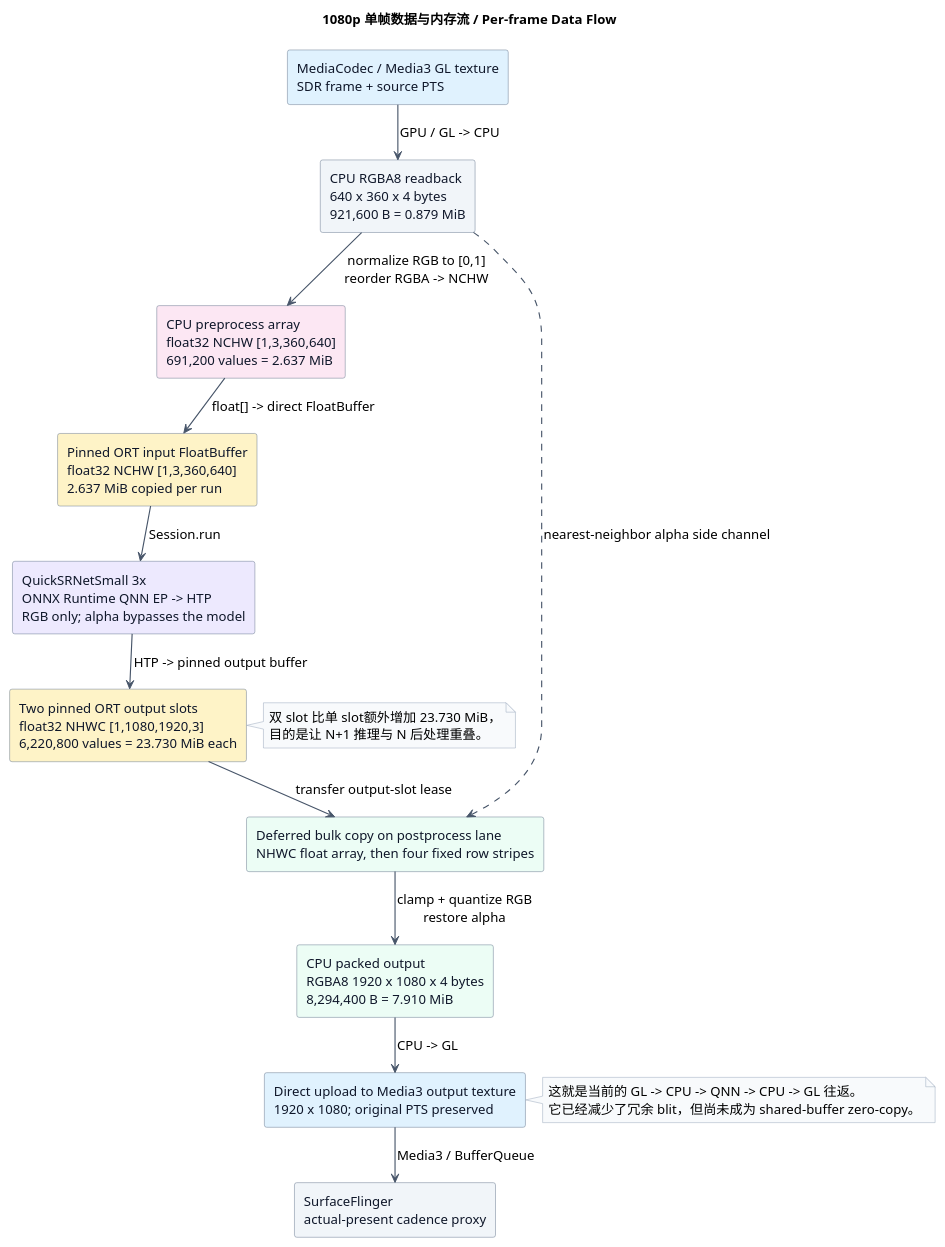
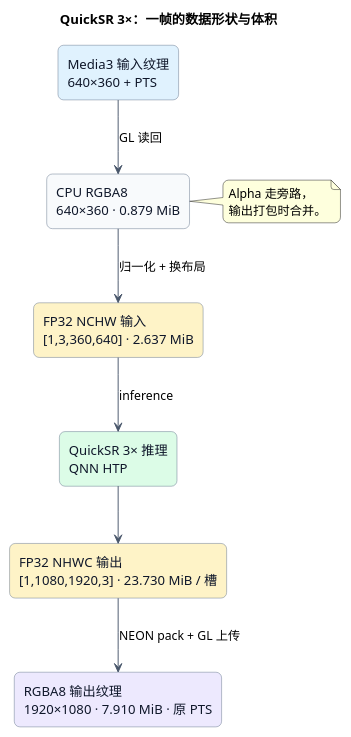
One commit to znbsf/quicksr-mobile-player-lab changed the diagram in docs/diagrams/edge-frame-dataflow.puml. Above: the diagram before and after it, drawn with PlantUML. The commit also changed 10 other files, not shown here.

Commit message:
docs: simplify deployment diagrams

```diff
--- a/docs/diagrams/edge-frame-dataflow.puml
+++ b/docs/diagrams/edge-frame-dataflow.puml
@@ -1,49 +1,34 @@
 @startuml
-!pragma layout smetana
-title 1080p 单帧数据与内存流 / Per-frame Data Flow
+title QuickSR 3×：一帧的数据形状与体积
 
-skinparam backgroundColor #FFFFFF
+skinparam defaultFontName Noto Sans SC
+skinparam backgroundColor white
 skinparam shadowing false
-skinparam defaultFontName Noto Sans SC
-skinparam defaultFontSize 14
+skinparam roundcorner 12
 skinparam ArrowColor #475569
-skinparam ArrowThickness 1.2
-skinparam rectangleBorderColor #64748B
-skinparam rectangleFontColor #0F172A
-skinparam noteBorderColor #94A3B8
-skinparam noteBackgroundColor #F8FAFC
+skinparam rectangle {
+  BackgroundColor #F8FAFC
+  BorderColor #64748B
+  FontColor #0F172A
+}
 
 top to bottom direction
 
-rectangle "MediaCodec / Media3 GL texture\nSDR frame + source PTS" as Decode #E0F2FE
-rectangle "CPU RGBA8 readback\n640 x 360 x 4 bytes\n921,600 B = 0.879 MiB" as Readback #F1F5F9
-rectangle "CPU preprocess array\nfloat32 NCHW [1,3,360,640]\n691,200 values = 2.637 MiB" as Nchw #FCE7F3
-rectangle "Pinned ORT input FloatBuffer\nfloat32 NCHW [1,3,360,640]\n2.637 MiB copied per run" as OrtInput #FEF3C7
-rectangle "QuickSRNetSmall 3x\nONNX Runtime QNN EP -> HTP\nRGB only; alpha bypasses the model" as Qnn #EDE9FE
-rectangle "Two pinned ORT output slots\nfloat32 NHWC [1,1080,1920,3]\n6,220,800 values = 23.730 MiB each" as OrtOutput #FEF3C7
-rectangle "Deferred bulk copy on postprocess lane\nNHWC float array, then four fixed row stripes" as CopyPack #ECFDF5
-rectangle "CPU packed output\nRGBA8 1920 x 1080 x 4 bytes\n8,294,400 B = 7.910 MiB" as RgbaOutput #ECFDF5
-rectangle "Direct upload to Media3 output texture\n1920 x 1080; original PTS preserved" as Upload #E0F2FE
-rectangle "SurfaceFlinger\nactual-present cadence proxy" as Surface #F1F5F9
+rectangle "Media3 输入纹理\n640×360 + PTS" as TEX #E0F2FE
+rectangle "CPU RGBA8\n640×360 · 0.879 MiB" as RGBA_IN #F8FAFC
+rectangle "FP32 NCHW 输入\n[1,3,360,640] · 2.637 MiB" as TENSOR_IN #FEF3C7
+rectangle "QuickSR 3× 推理\nQNN HTP" as QNN #DCFCE7
+rectangle "FP32 NHWC 输出\n[1,1080,1920,3] · 23.730 MiB / 槽" as TENSOR_OUT #FEF3C7
+rectangle "RGBA8 输出纹理\n1920×1080 · 7.910 MiB · 原 PTS" as RGBA_OUT #EDE9FE
 
-Decode --> Readback : GPU / GL -> CPU
-Readback --> Nchw : normalize RGB to [0,1]\nreorder RGBA -> NCHW
-Nchw --> OrtInput : float[] -> direct FloatBuffer
-OrtInput --> Qnn : Session.run
-Qnn --> OrtOutput : HTP -> pinned output buffer
-OrtOutput --> CopyPack : transfer output-slot lease
-Readback ..> CopyPack : nearest-neighbor alpha side channel
-CopyPack --> RgbaOutput : clamp + quantize RGB\nrestore alpha
-RgbaOutput --> Upload : CPU -> GL
-Upload --> Surface : Media3 / BufferQueue
+TEX --> RGBA_IN : GL 读回
+RGBA_IN --> TENSOR_IN : 归一化 + 换布局
+TENSOR_IN --> QNN : inference
+QNN --> TENSOR_OUT
+TENSOR_OUT --> RGBA_OUT : NEON pack + GL 上传
 
-note right of OrtOutput
-  双 slot 比单 slot额外增加 23.730 MiB，
-  目的是让 N+1 推理与 N 后处理重叠。
-end note
-
-note right of Upload
-  这就是当前的 GL -> CPU -> QNN -> CPU -> GL 往返。
-  它已经减少了冗余 blit，但尚未成为 shared-buffer zero-copy。
+note right of RGBA_IN
+  Alpha 走旁路，
+  输出打包时合并。
 end note
 @enduml
```
